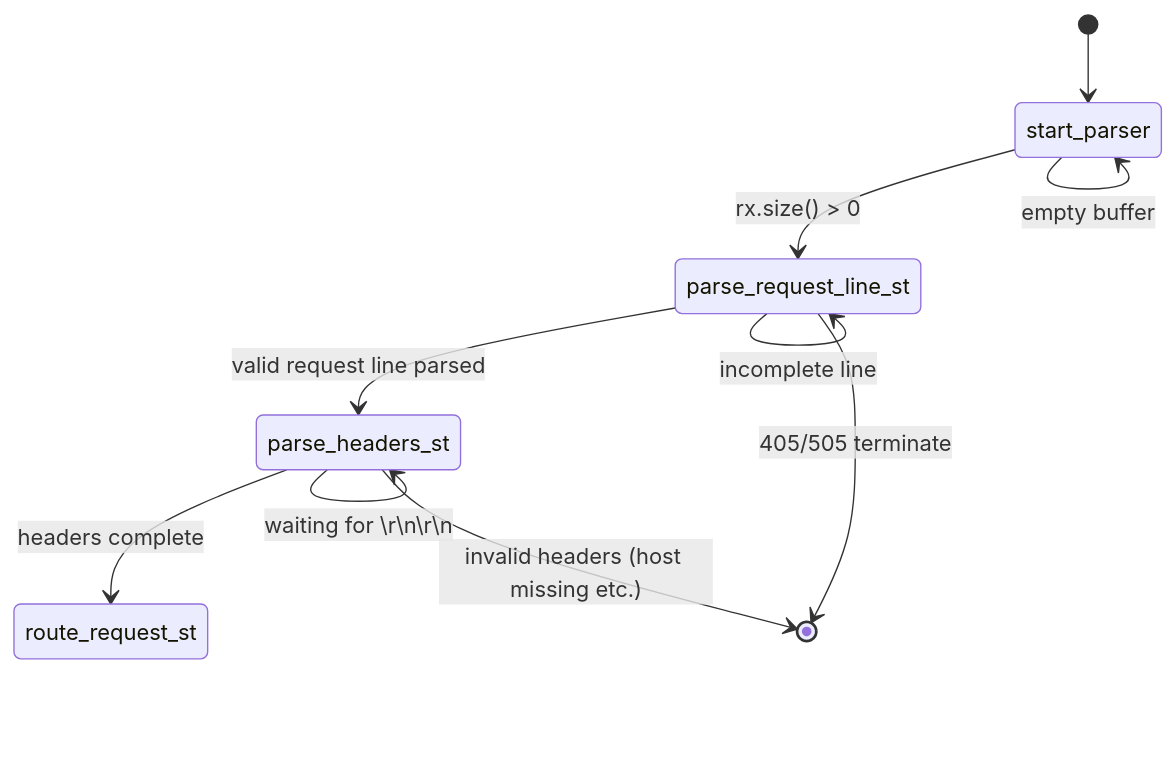
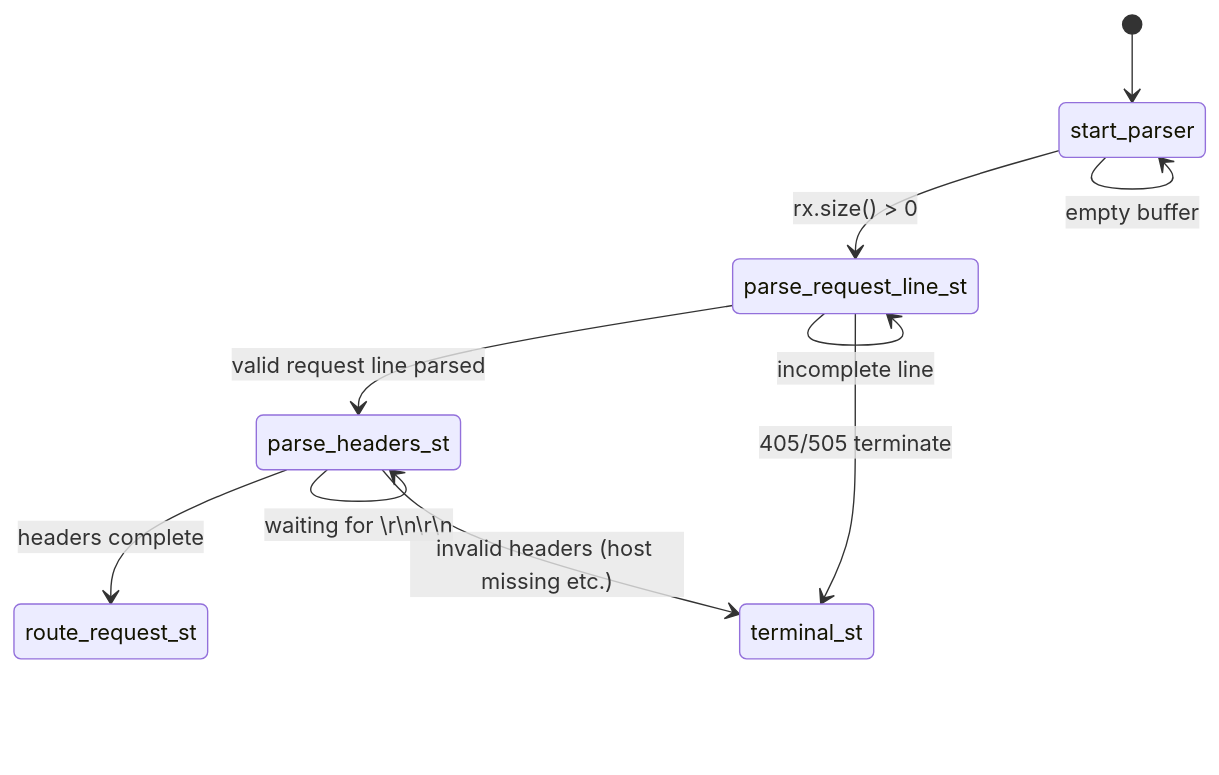
One commit to szeka9/PyRobusta changed the first of 6 diagrams in docs/architecture/state_machine.md. Above: the diagram before and after it, drawn with Mermaid. The commit also changed other lines of this file, not shown here.

````diff
--- a/docs/architecture/state_machine.md
+++ b/docs/architecture/state_machine.md
@@ -18,16 +23,16 @@
 ```mermaid
 stateDiagram-v2
 
     [*] --> start_parser
 
     start_parser --> parse_request_line_st: rx.size() > 0
     start_parser --> start_parser: empty buffer
 
     parse_request_line_st --> parse_headers_st: valid request line parsed
     parse_request_line_st --> parse_request_line_st: incomplete line
-    parse_request_line_st --> [*]: 405/505 terminate
+    parse_request_line_st --> terminal_st: 405/505 terminate
 
     parse_headers_st --> route_request_st: headers complete
     parse_headers_st --> parse_headers_st: waiting for \r\n\r\n
-    parse_headers_st --> [*]: invalid headers (host missing etc.)
+    parse_headers_st --> terminal_st: invalid headers (host missing etc.)
 ```
````
